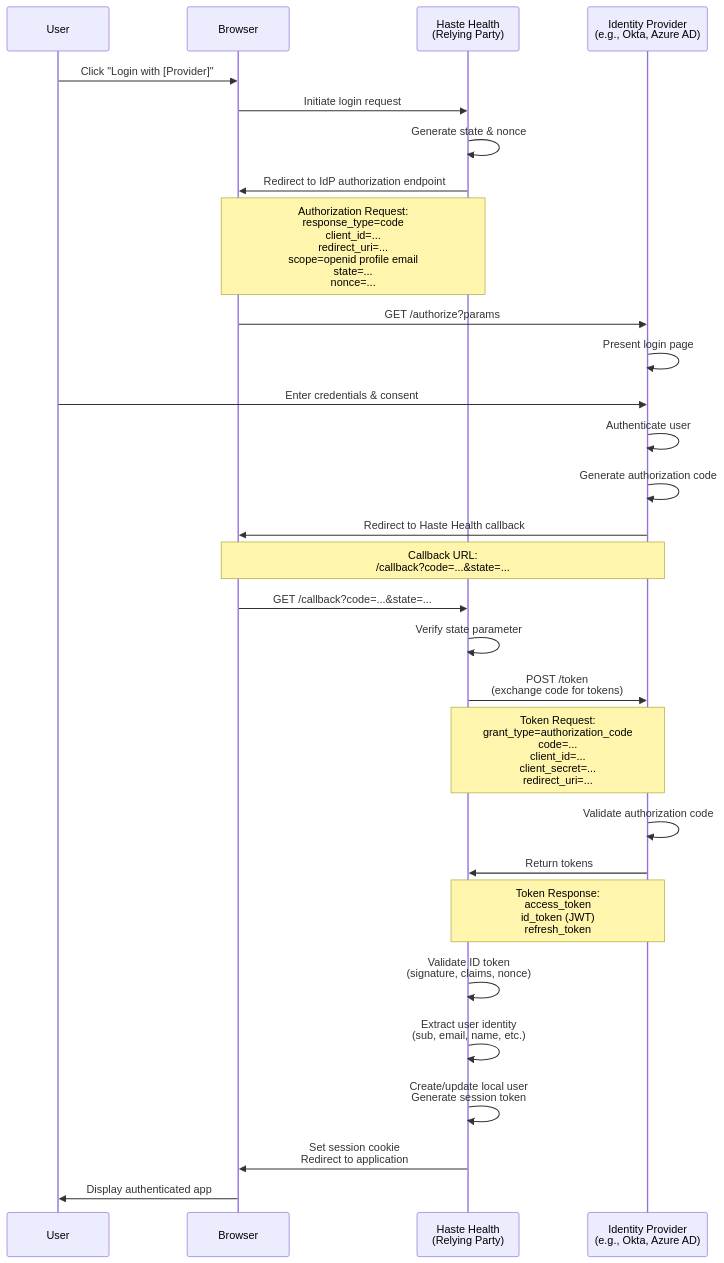
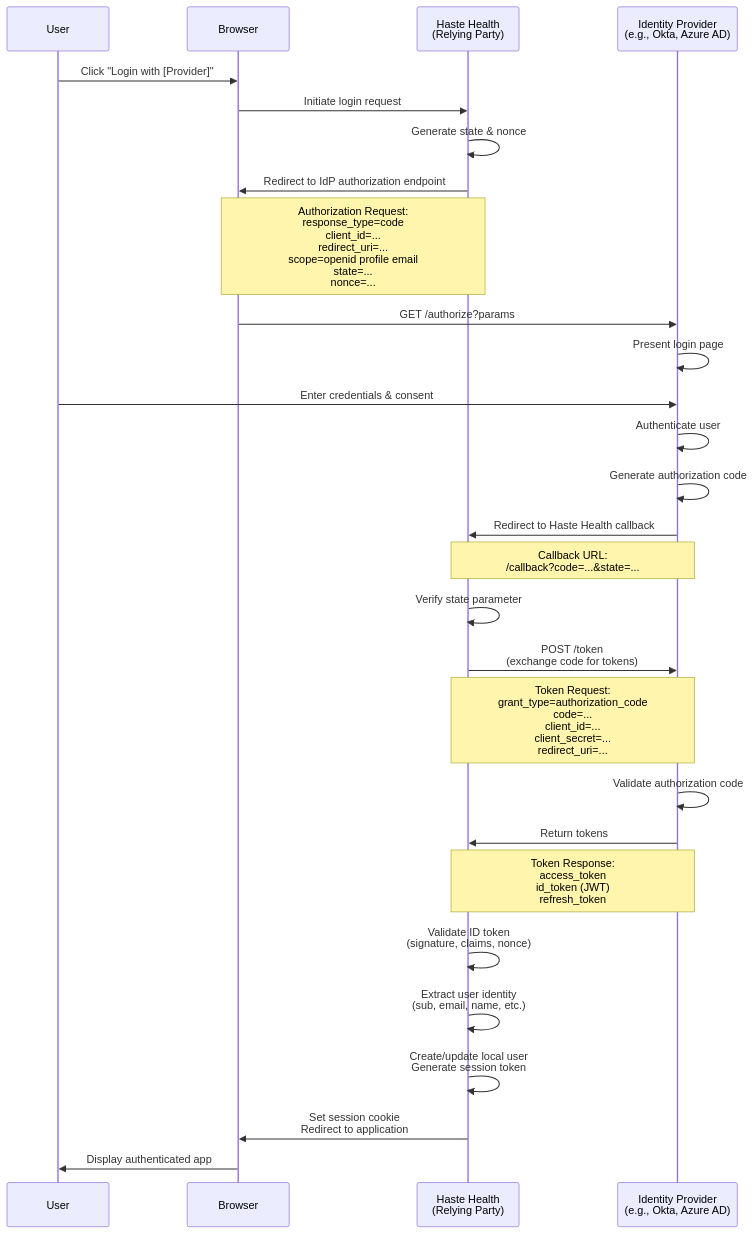
Before and after one commit to HasteHealth/HasteHealth: the diagram in frontend/packages/website/docs/Authentication/Federated Login.mdx, drawn with Mermaid.

````diff
--- a/frontend/packages/website/docs/Authentication/Federated Login.mdx
+++ b/frontend/packages/website/docs/Authentication/Federated Login.mdx
@@ -33,42 +33,41 @@
 ```mermaid
 sequenceDiagram
     participant User
     participant Browser
     participant HasteHealth as Haste Health<br/>(Relying Party)
     participant IdP as Identity Provider<br/>(e.g., Okta, Azure AD)
 
     User->>Browser: Click "Login with [Provider]"
     Browser->>HasteHealth: Initiate login request
     
     HasteHealth->>HasteHealth: Generate state & nonce
     HasteHealth->>Browser: Redirect to IdP authorization endpoint
     
     Note over HasteHealth,Browser: Authorization Request:<br/>response_type=code<br/>client_id=...<br/>redirect_uri=...<br/>scope=openid profile email<br/>state=...<br/>nonce=...
     
     Browser->>IdP: GET /authorize?params
     IdP->>IdP: Present login page
     
     User->>IdP: Enter credentials & consent
     IdP->>IdP: Authenticate user
     IdP->>IdP: Generate authorization code
     
-    IdP->>Browser: Redirect to Haste Health callback
-    Note over IdP,Browser: Callback URL:<br/>/callback?code=...&state=...
+    IdP->>HasteHealth: Redirect to Haste Health callback
+    Note over IdP,HasteHealth: Callback URL:<br/>/callback?code=...&state=...
     
-    Browser->>HasteHealth: GET /callback?code=...&state=...
     HasteHealth->>HasteHealth: Verify state parameter
     
     HasteHealth->>IdP: POST /token<br/>(exchange code for tokens)
     Note over HasteHealth,IdP: Token Request:<br/>grant_type=authorization_code<br/>code=...<br/>client_id=...<br/>client_secret=...<br/>redirect_uri=...
     
     IdP->>IdP: Validate authorization code
     IdP->>HasteHealth: Return tokens
     Note over IdP,HasteHealth: Token Response:<br/>access_token<br/>id_token (JWT)<br/>refresh_token
     
     HasteHealth->>HasteHealth: Validate ID token<br/>(signature, claims, nonce)
     HasteHealth->>HasteHealth: Extract user identity<br/>(sub, email, name, etc.)
     HasteHealth->>HasteHealth: Create/update local user<br/>Generate session token
     
     HasteHealth->>Browser: Set session cookie<br/>Redirect to application
     Browser->>User: Display authenticated app
 ```
````
